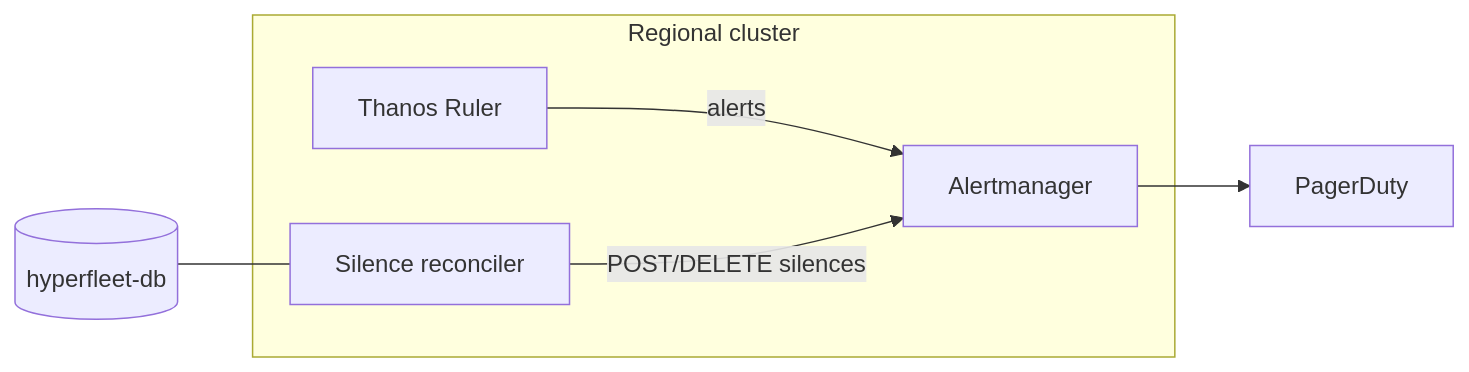
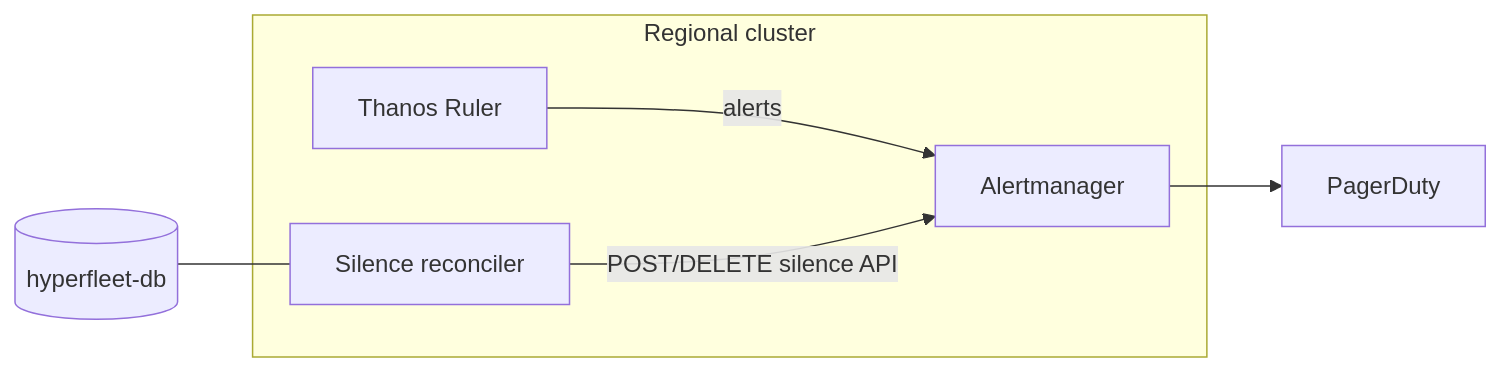
One commit to openshift-online/rosa-hyperfleet changed the diagram in docs/design/lifecycle-alert-silencing.md. Above: the diagram before and after it, drawn with Mermaid. The commit also changed other lines of this file, not shown here.

````diff
--- a/docs/design/lifecycle-alert-silencing.md
+++ b/docs/design/lifecycle-alert-silencing.md
@@ -44,12 +44,12 @@
 ```mermaid
 flowchart LR
   subgraph RC["Regional cluster"]
     Reconciler["Silence reconciler"]
     AM["Alertmanager"]
     TR["Thanos Ruler"]
     TR -->|alerts| AM
-    Reconciler -->|POST/DELETE silences| AM
+    Reconciler -->|POST/DELETE silence API| AM
   end
   DB[(hyperfleet-db)] --- Reconciler
   AM --> PD[PagerDuty]
 ```
````
